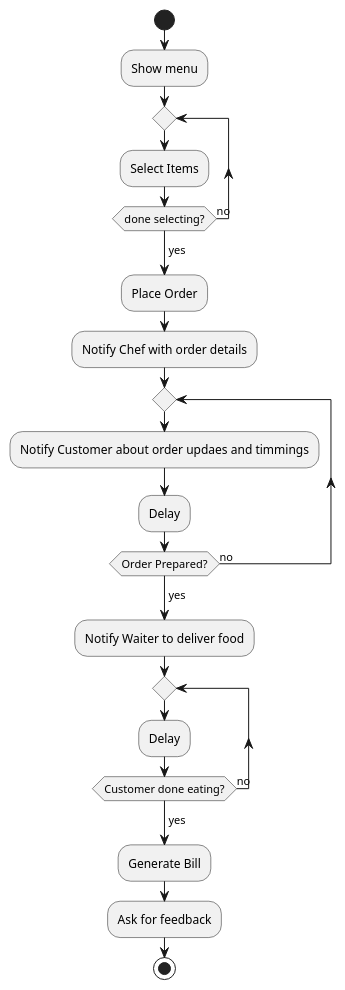
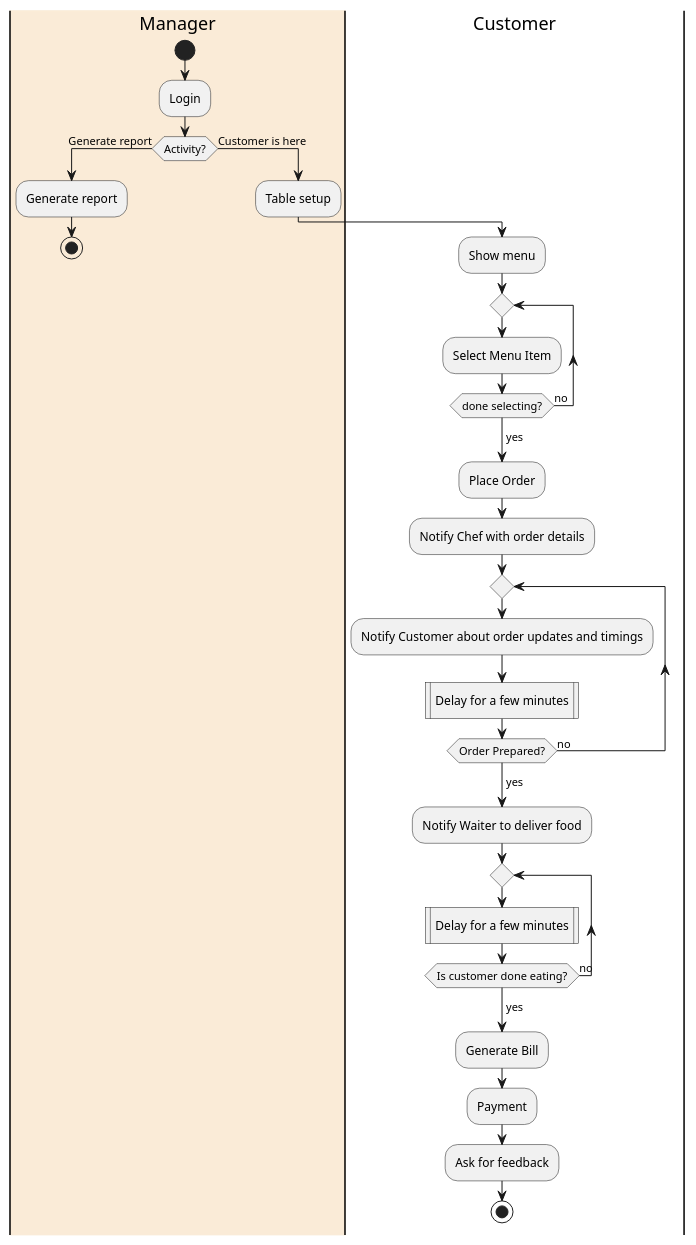
The diagram in UML Diagrams/activity_diagram.puml (BITS-Smart/Smart-Restaurant), drawn with PlantUML before and after one commit. The commit also changed other lines of this file and 2 other files, not shown here.

Commit message:
UML refinement after meeting on 15 December 2020

```diff
--- a/UML Diagrams/activity_diagram.puml
+++ b/UML Diagrams/activity_diagram.puml
@@ -1,24 +1,35 @@
 @startuml
+|#AntiqueWhite|Manager|
 start
+:Login;
+if (Activity?) is (Generate report) then
+:Generate report;
+stop
+else (Customer is here)
+:Table setup;
+|Customer|
 :Show menu;
 repeat
-  :Select Items;
+ :Select Menu Item;
 repeat while (done selecting?) is (no )
 ->yes;
 :Place Order;
 :Notify Chef with order details;
 
 repeat
-  :Notify Customer about order updaes and timmings;
-  :Delay;
+  :Notify Customer about order updates and timings;
+  :Delay for a few minutes|
 repeat while (Order Prepared?) is (no )
 ->yes;
 :Notify Waiter to deliver food;
 repeat
-  :Delay;
-repeat while (Customer done eating?) is (no )
+  :Delay for a few minutes|
+repeat while (Is customer done eating?) is (no )
 ->yes;
 :Generate Bill;
+:Payment;
 :Ask for feedback;
+' endif
+
 stop
 @enduml
```
